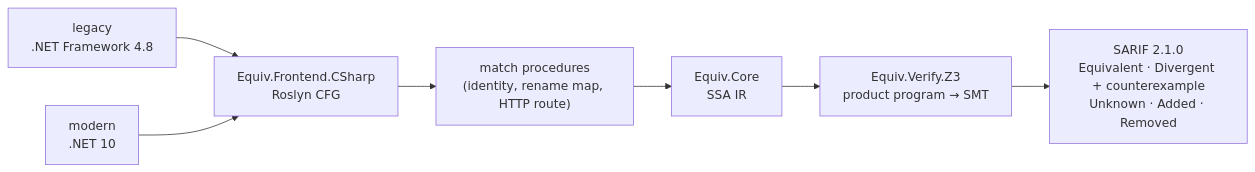
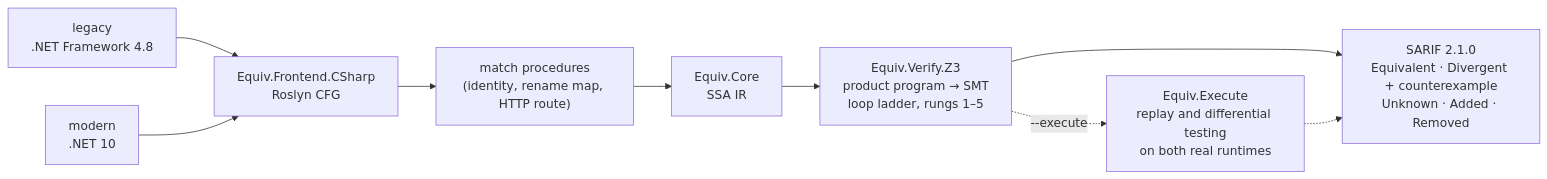
The diagram in README.md (Zafnok/code-equivalency), drawn with Mermaid before and after one commit. The commit also changed other lines of this file and 1 other file, not shown here.

First line of the commit message:
docs(readme): current status, full compare usage, demo replayed from real output

````diff
--- a/README.md
+++ b/README.md
@@ -55,9 +57,11 @@
 ```mermaid
 flowchart LR
     L["legacy<br/>.NET Framework 4.8"] --> F["Equiv.Frontend.CSharp<br/>Roslyn CFG"]
     M["modern<br/>.NET 10"] --> F
     F --> Match["match procedures<br/>(identity, rename map, HTTP route)"]
     Match --> IR["Equiv.Core<br/>SSA IR"]
-    IR --> Z3["Equiv.Verify.Z3<br/>product program → SMT"]
+    IR --> Z3["Equiv.Verify.Z3<br/>product program → SMT<br/>loop ladder, rungs 1–5"]
     Z3 --> S["SARIF 2.1.0<br/>Equivalent · Divergent + counterexample<br/>Unknown · Added · Removed"]
+    Z3 -. "--execute" .-> X["Equiv.Execute<br/>replay and differential testing<br/>on both real runtimes"]
+    X -.-> S
 ```
````
